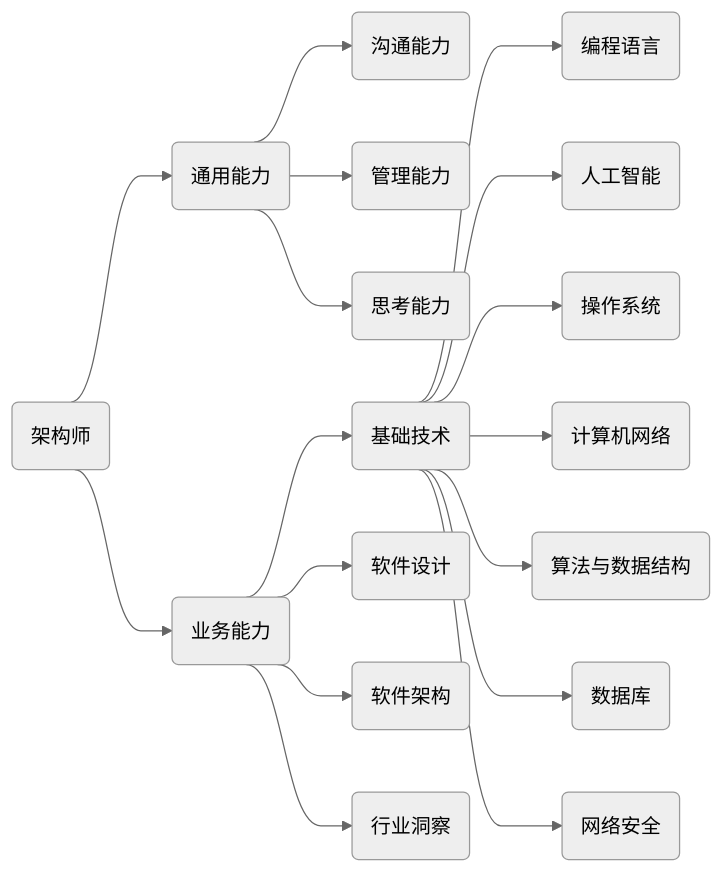
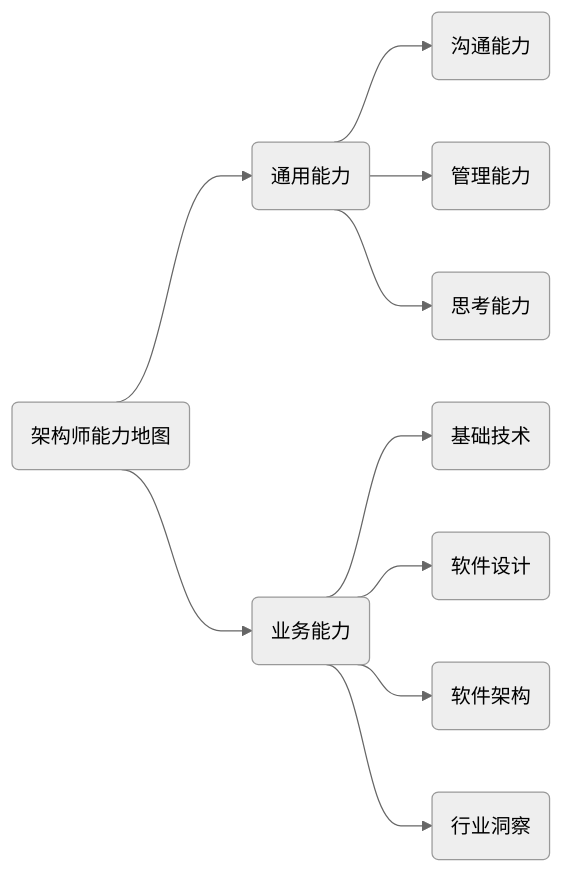
The first of 2 diagrams in source/Unfiled/architect-roadmap.md (wallace-lai/learning-notes), drawn with Mermaid (neutral theme) before and after one commit. The commit also changed other lines of this file, not shown here.

````diff
--- a/source/Unfiled/architect-roadmap.md
+++ b/source/Unfiled/architect-roadmap.md
@@ -9,43 +9,27 @@
 ```{mermaid}
 %%{init: {'flowchart': {'curve': 'bumpX'}}}%%
 flowchart LR
-    root(架构师)
+    root(架构师能力地图)
         l1(通用能力)
             l11(沟通能力)
             l12(管理能力)
             l13(思考能力)
 
             l1 --> l11
             l1 --> l12
             l1 --> l13
 
         l2(业务能力)
             l21(基础技术)
-                l216(数据库)
-                l217(网络安全)
-                l211(编程语言)
-                l212(人工智能)
-                l213(操作系统)
-                l214(计算机网络)
-                l215(算法与数据结构)
-
-                l21 --> l211
-                l21 --> l212
-                l21 --> l213
-                l21 --> l214
-                l21 --> l215
-                l21 --> l216
-                l21 --> l217
-
             l22(软件设计)
             l23(软件架构)
             l24(行业洞察)
 
             l2 --> l21
             l2 --> l22
             l2 --> l23
             l2 --> l24
 
         root --> l1
         root --> l2
 ```
````
